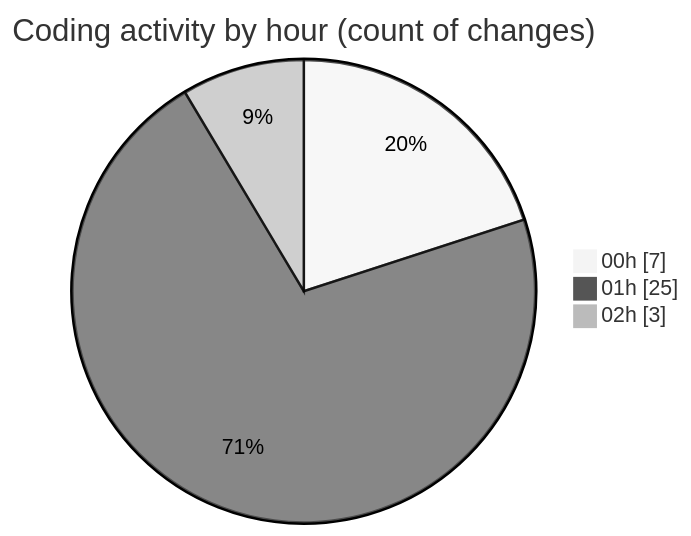
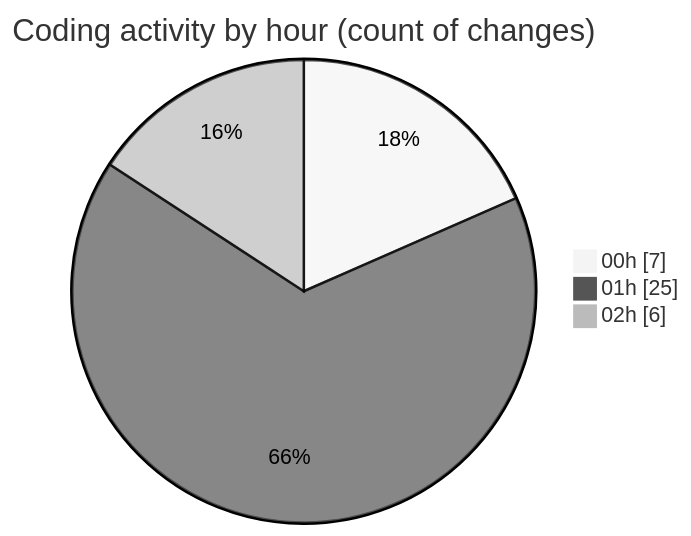
The second of 2 diagrams in 2025-08-06/tw-server/README.md (EIIisD/code-tracking), drawn with Mermaid (neutral theme) before and after one commit. The commit also changed other lines of this file and 1 other file, not shown here.

````diff
--- a/2025-08-06/tw-server/README.md
+++ b/2025-08-06/tw-server/README.md
@@ -37,7 +40,7 @@
 ```mermaid
 pie showData
 title Coding activity by hour (count of changes)
 "00h" : 7
 "01h" : 25
-"02h" : 3
+"02h" : 6
 ```
````
